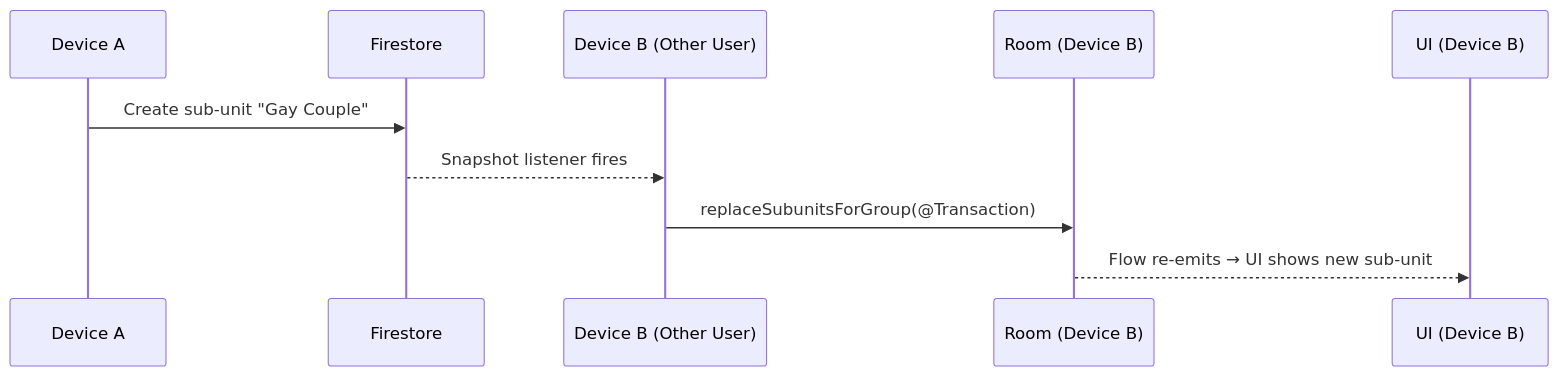
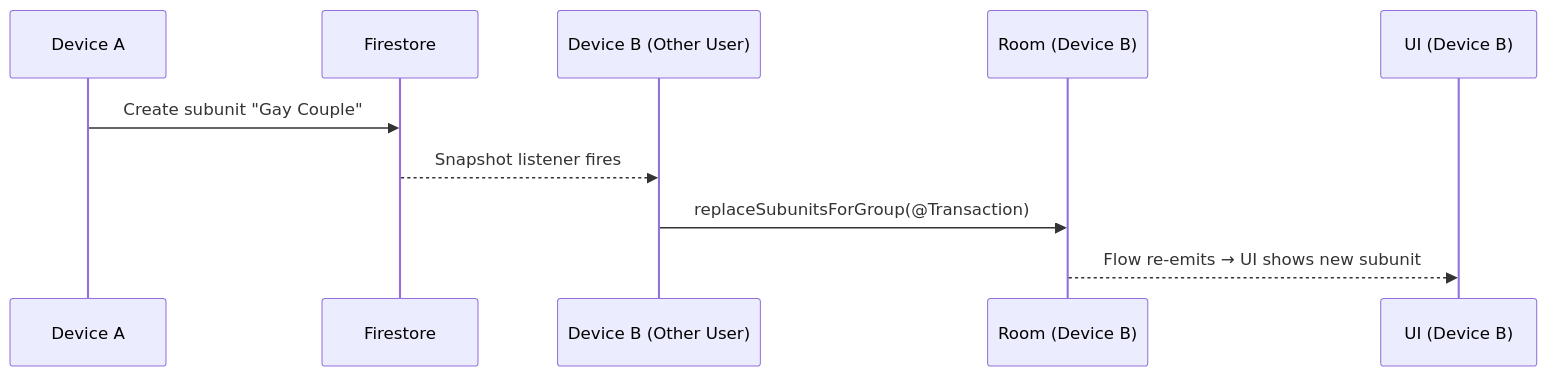
The third of 7 diagrams in wiki/sub-units-and-group-composition.md (pedrazamiguez/expense-share-app), drawn with Mermaid before and after one commit. The commit also changed other lines of this file and 66 other files, not shown here.

````diff
--- a/wiki/sub-units-and-group-composition.md
+++ b/wiki/sub-units-and-group-composition.md
@@ -148,13 +148,13 @@
 ```mermaid
 sequenceDiagram
     participant DeviceA as Device A
     participant FS as Firestore
     participant DeviceB as Device B (Other User)
     participant RoomB as Room (Device B)
     participant UIB as UI (Device B)
 
-    DeviceA->>FS: Create sub-unit "Gay Couple"
+    DeviceA->>FS: Create subunit "Gay Couple"
     FS-->>DeviceB: Snapshot listener fires
     DeviceB->>RoomB: replaceSubunitsForGroup(@Transaction)
-    RoomB-->>UIB: Flow re-emits → UI shows new sub-unit
+    RoomB-->>UIB: Flow re-emits → UI shows new subunit
 ```
````
